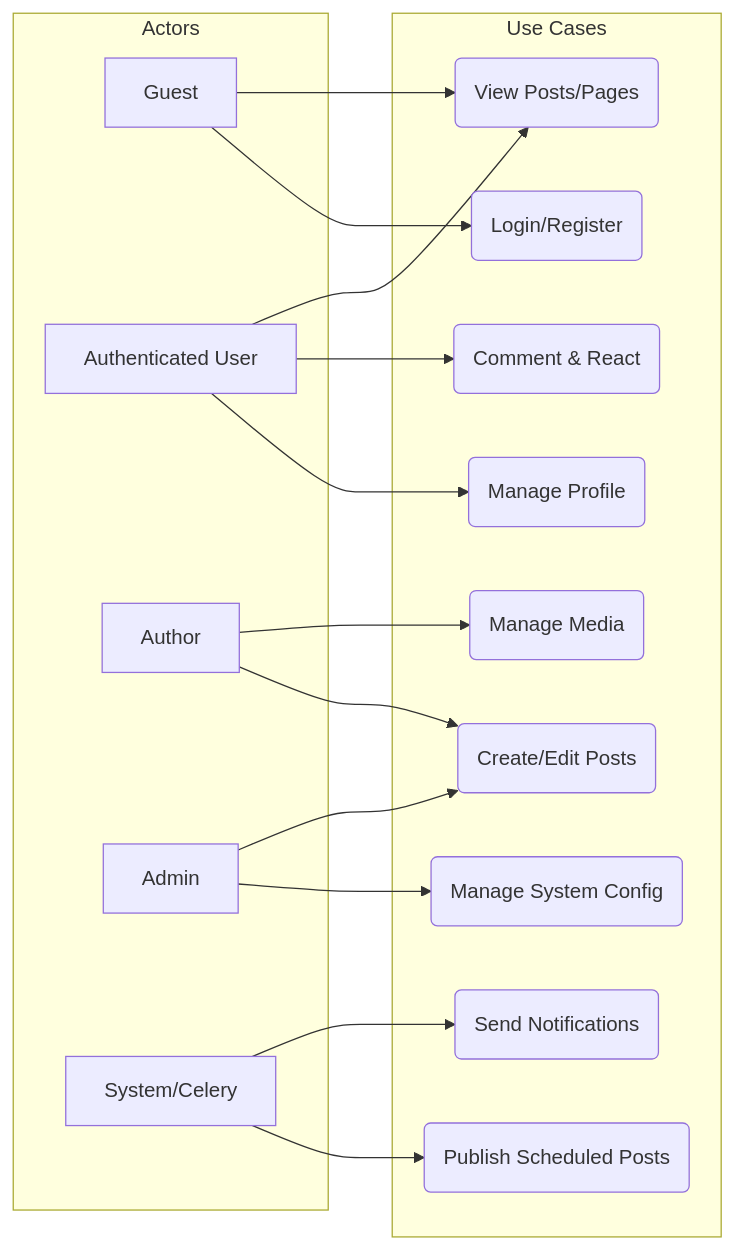
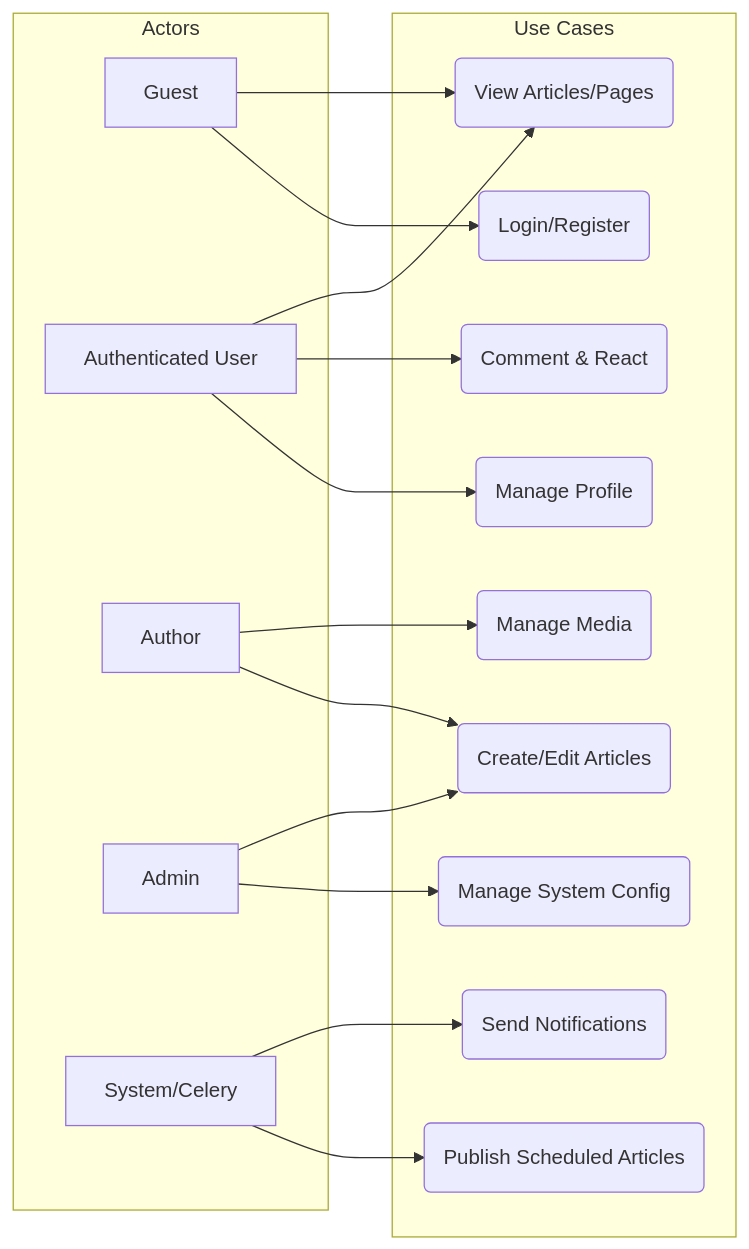
Before and after one commit to amirhossein-moloki/Blog: the second of 9 diagrams in docs/SYSTEM_DESIGN.md, drawn with Mermaid. The commit also changed other lines of this file and 23 other files, not shown here.

````diff
--- a/docs/SYSTEM_DESIGN.md
+++ b/docs/SYSTEM_DESIGN.md
@@ -164,34 +164,34 @@
 ```mermaid
 flowchart LR
     subgraph Actors
         G[Guest]
         U[Authenticated User]
         A[Author]
         AD[Admin]
         S[System/Celery]
     end
 
     subgraph UseCases ["Use Cases"]
         UC1(Login/Register)
-        UC2(View Posts/Pages)
+        UC2(View Articles/Pages)
         UC3(Manage Profile)
         UC4(Comment & React)
-        UC5(Create/Edit Posts)
+        UC5(Create/Edit Articles)
         UC6(Manage Media)
-        UC7(Publish Scheduled Posts)
+        UC7(Publish Scheduled Articles)
         UC8(Send Notifications)
         UC9(Manage System Config)
     end
 
     G --> UC1
     G --> UC2
     U --> UC3
     U --> UC4
     U --> UC2
     A --> UC5
     A --> UC6
     AD --> UC9
     AD --> UC5
     S --> UC7
     S --> UC8
 ```
````
